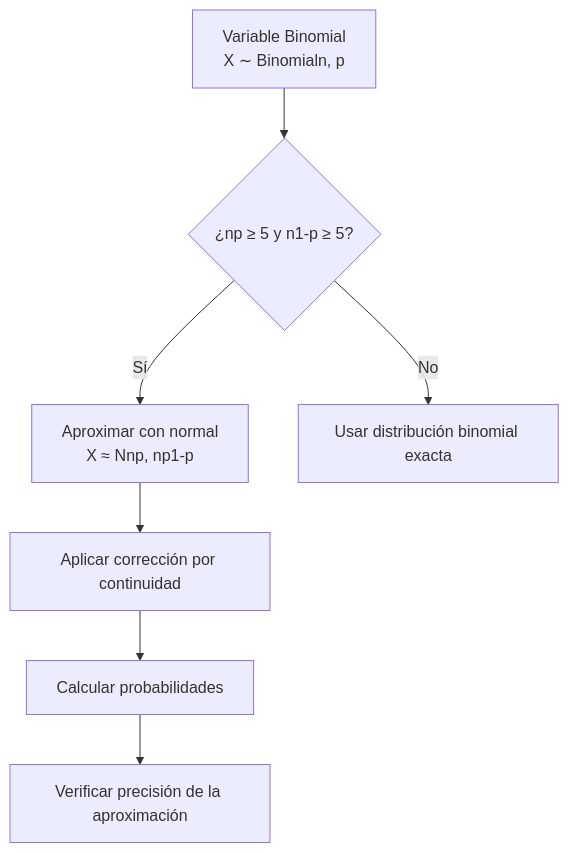
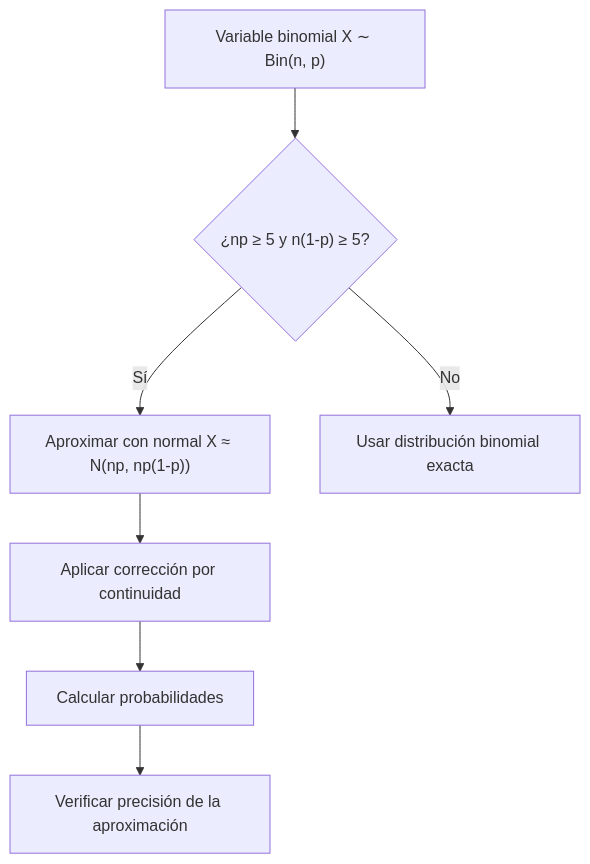
The diagram in public/documents/semester-3/4/3446.md (djaimej/computer-science-template), drawn with Mermaid before and after one commit. The commit also changed other lines of this file and 6 other files, not shown here.

````diff
--- a/public/documents/semester-3/4/3446.md
+++ b/public/documents/semester-3/4/3446.md
@@ -56,11 +68,11 @@
 ```mermaid
 flowchart TD
-    A[Variable Binomial<br>X ∼ Binomialn, p] --> B{¿np ≥ 5 y n1-p ≥ 5?}
-    B -->|Sí| C[Aproximar con normal<br>X ≈ Nnp, np1-p]
+    A["Variable binomial X ∼ Bin(n, p)"] --> B{"¿np ≥ 5 y n(1-p) ≥ 5?"}
+    B -->|Sí| C["Aproximar con normal X ≈ N(np, np(1-p))"]
     B -->|No| D[Usar distribución binomial exacta]
 
     C --> E[Aplicar corrección por continuidad]
     E --> F[Calcular probabilidades]
 
     F --> G[Verificar precisión de la aproximación]
 ```
````
